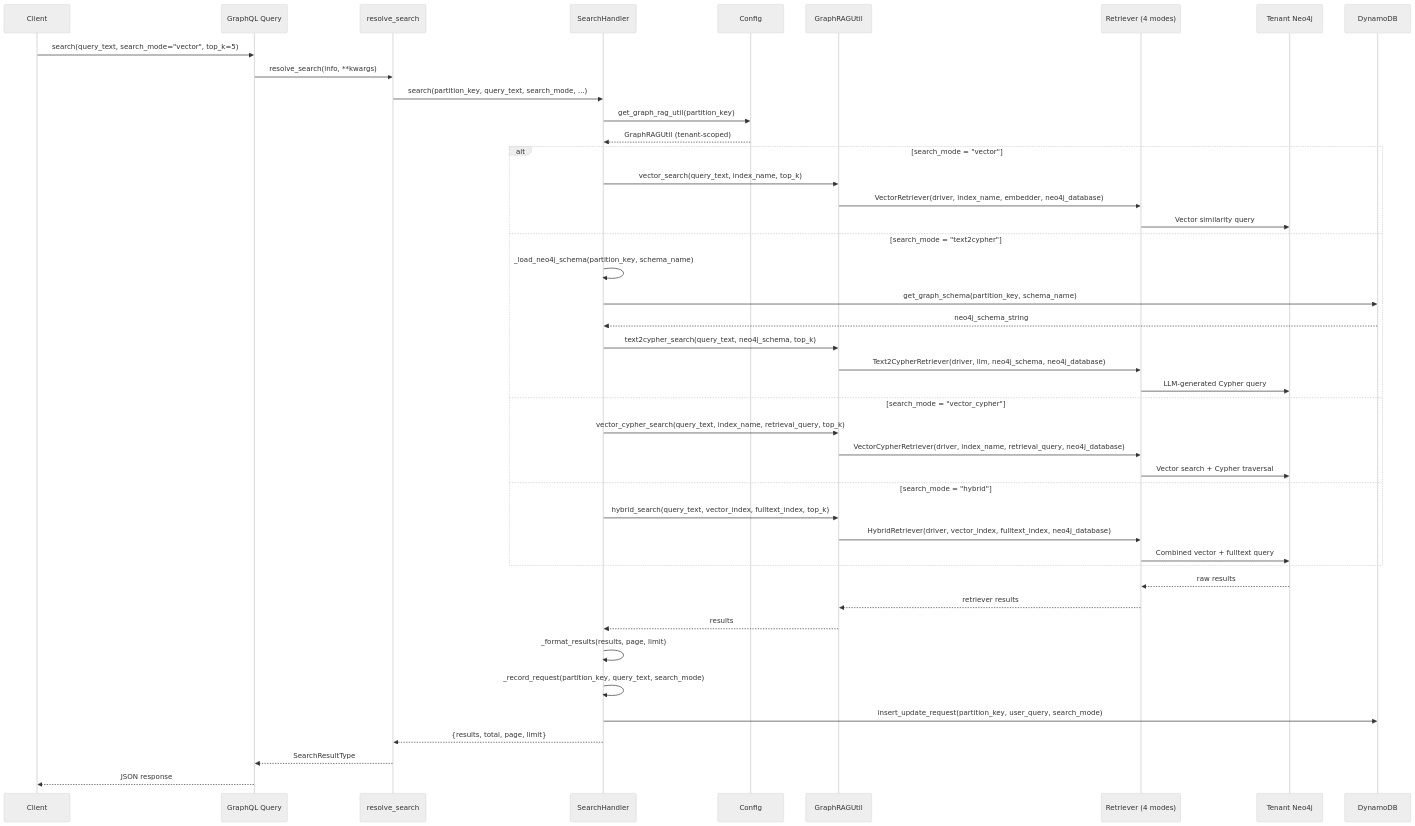
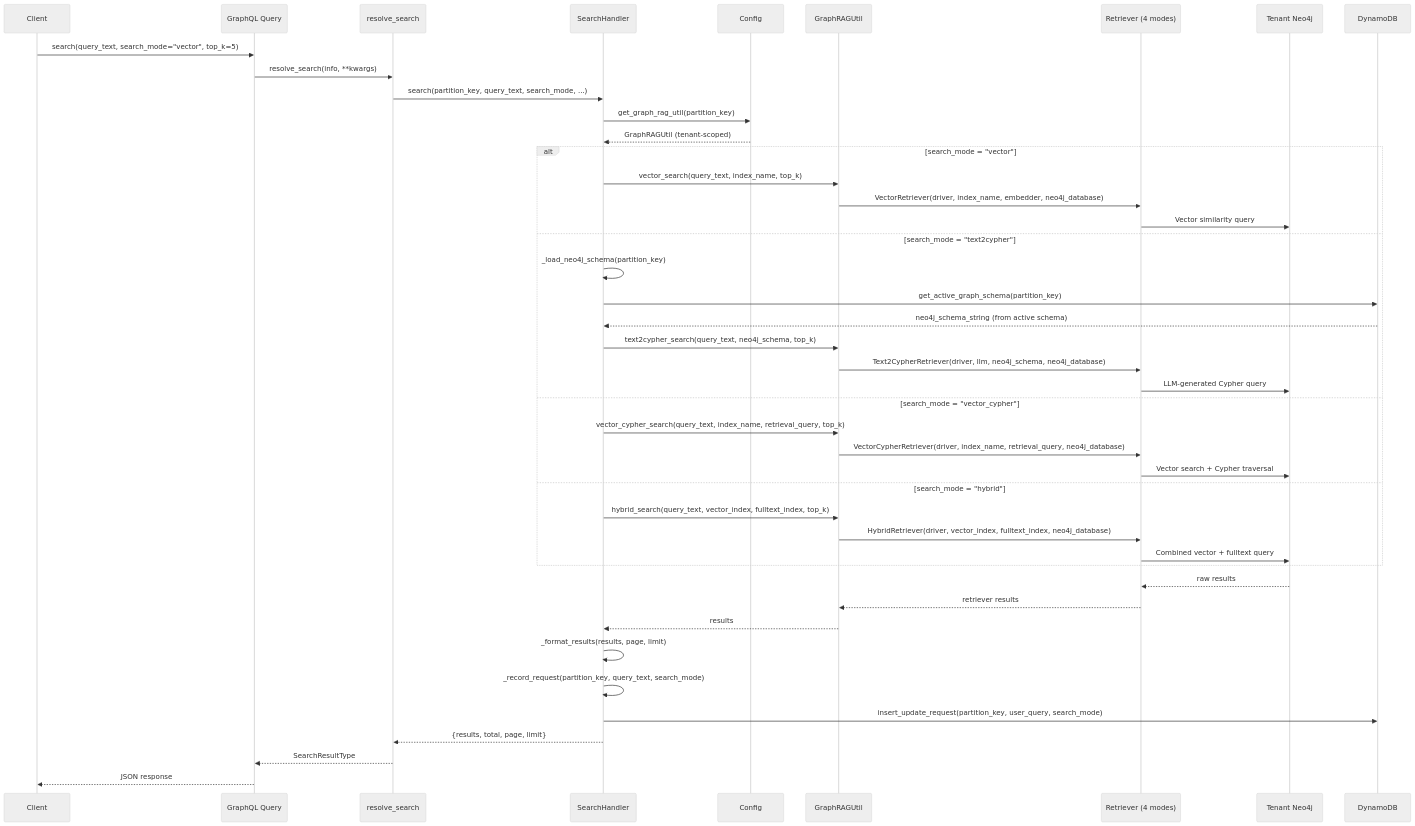
Before and after one commit to ideabosque/knowledge_graph_engine: the third of 4 diagrams in docs/development_plan.md, drawn with Mermaid (neutral theme). The commit also changed other lines of this file and 15 other files, not shown here.

Commit message:
Add the support for active schema and neo4j instance.

````diff
--- a/docs/development_plan.md
+++ b/docs/development_plan.md
@@ -456,52 +475,52 @@
 ```mermaid
 sequenceDiagram
     participant Client
     participant Query as GraphQL Query
     participant Resolver as resolve_search
     participant SearchHandler
     participant Config
     participant GraphRAGUtil
     participant Retriever as Retriever (4 modes)
     participant Neo4j as Tenant Neo4j
     participant DynamoDB
 
     Client->>Query: search(query_text, search_mode="vector", top_k=5)
     Query->>Resolver: resolve_search(info, **kwargs)
     Resolver->>SearchHandler: search(partition_key, query_text, search_mode, ...)
 
     SearchHandler->>Config: get_graph_rag_util(partition_key)
     Config-->>SearchHandler: GraphRAGUtil (tenant-scoped)
 
     alt search_mode = "vector"
         SearchHandler->>GraphRAGUtil: vector_search(query_text, index_name, top_k)
         GraphRAGUtil->>Retriever: VectorRetriever(driver, index_name, embedder, neo4j_database)
         Retriever->>Neo4j: Vector similarity query
     else search_mode = "text2cypher"
-        SearchHandler->>SearchHandler: _load_neo4j_schema(partition_key, schema_name)
-        SearchHandler->>DynamoDB: get_graph_schema(partition_key, schema_name)
-        DynamoDB-->>SearchHandler: neo4j_schema_string
+        SearchHandler->>SearchHandler: _load_neo4j_schema(partition_key)
+        SearchHandler->>DynamoDB: get_active_graph_schema(partition_key)
+        DynamoDB-->>SearchHandler: neo4j_schema_string (from active schema)
         SearchHandler->>GraphRAGUtil: text2cypher_search(query_text, neo4j_schema, top_k)
         GraphRAGUtil->>Retriever: Text2CypherRetriever(driver, llm, neo4j_schema, neo4j_database)
         Retriever->>Neo4j: LLM-generated Cypher query
     else search_mode = "vector_cypher"
         SearchHandler->>GraphRAGUtil: vector_cypher_search(query_text, index_name, retrieval_query, top_k)
         GraphRAGUtil->>Retriever: VectorCypherRetriever(driver, index_name, retrieval_query, neo4j_database)
         Retriever->>Neo4j: Vector search + Cypher traversal
     else search_mode = "hybrid"
         SearchHandler->>GraphRAGUtil: hybrid_search(query_text, vector_index, fulltext_index, top_k)
         GraphRAGUtil->>Retriever: HybridRetriever(driver, vector_index, fulltext_index, neo4j_database)
         Retriever->>Neo4j: Combined vector + fulltext query
     end
 
     Neo4j-->>Retriever: raw results
     Retriever-->>GraphRAGUtil: retriever results
     GraphRAGUtil-->>SearchHandler: results
 
     SearchHandler->>SearchHandler: _format_results(results, page, limit)
     SearchHandler->>SearchHandler: _record_request(partition_key, query_text, search_mode)
     SearchHandler->>DynamoDB: insert_update_request(partition_key, user_query, search_mode)
 
     SearchHandler-->>Resolver: {results, total, page, limit}
     Resolver-->>Query: SearchResultType
     Query-->>Client: JSON response
 ```
````
